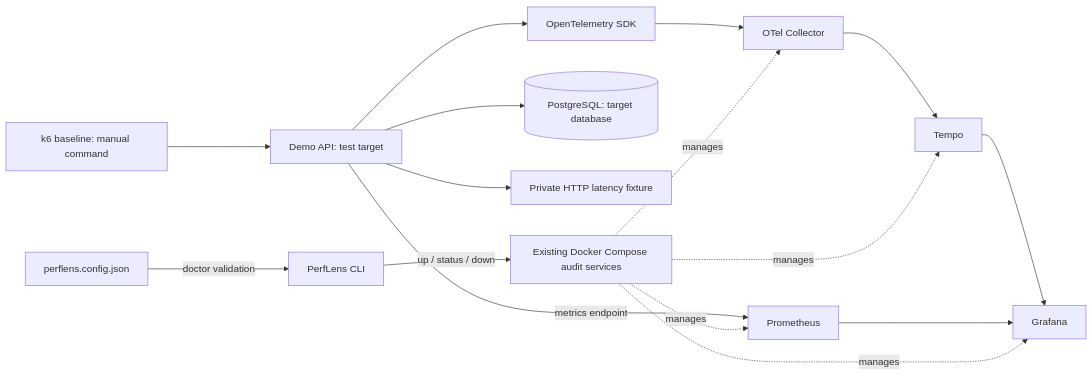
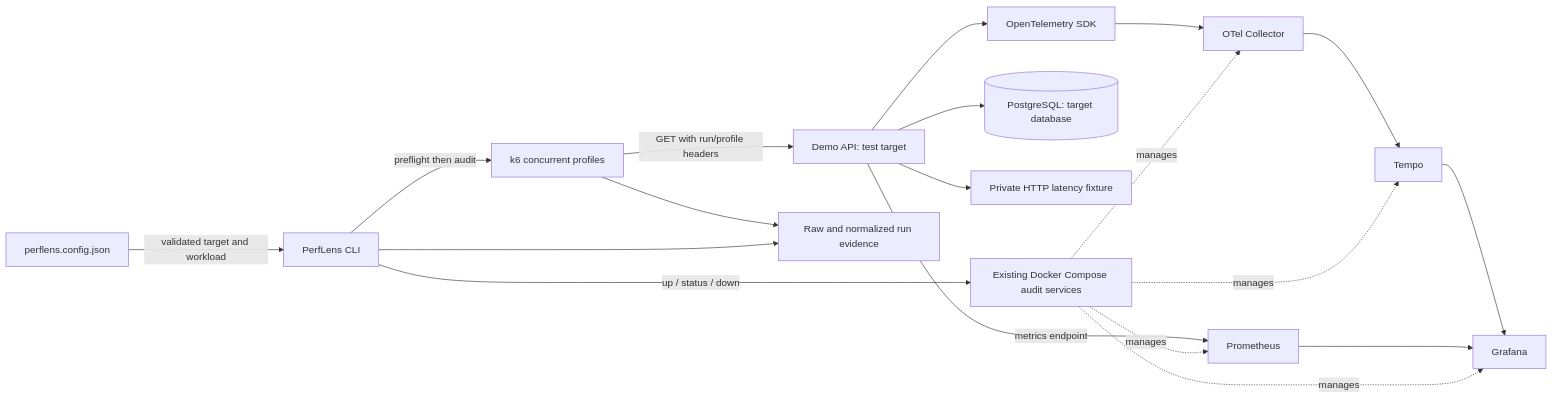
Before and after one commit to rahad123/perflens: the diagram in README.md, drawn with Mermaid. The commit also changed other lines of this file, not shown here.

Commit message:
docs: update README to clarify PerfLens capabilities and audit execution details

````diff
--- a/README.md
+++ b/README.md
@@ -44,18 +47,21 @@
 ```mermaid
 flowchart LR
     CLI[PerfLens CLI] -->|up / status / down| Infra[Existing Docker Compose audit services]
-    Config[perflens.config.json] -->|doctor validation| CLI
+    Config[perflens.config.json] -->|validated target and workload| CLI
     Demo[Demo API: test target] --> DB[(PostgreSQL: target database)]
     Demo --> Dependency[Private HTTP latency fixture]
     Demo --> SDK[OpenTelemetry SDK]
     SDK --> Collector[OTel Collector]
     Collector --> Tempo[Tempo]
     Demo -->|metrics endpoint| Prometheus[Prometheus]
     Tempo --> Grafana[Grafana]
     Prometheus --> Grafana
-    k6[k6 baseline: manual command] --> Demo
+    CLI -->|preflight then audit| k6[k6 concurrent profiles]
+    k6 -->|GET with run/profile headers| Demo
+    k6 --> Evidence[Raw and normalized run evidence]
+    CLI --> Evidence
     Infra -. manages .-> Collector
     Infra -. manages .-> Tempo
     Infra -. manages .-> Prometheus
     Infra -. manages .-> Grafana
 ```
````
